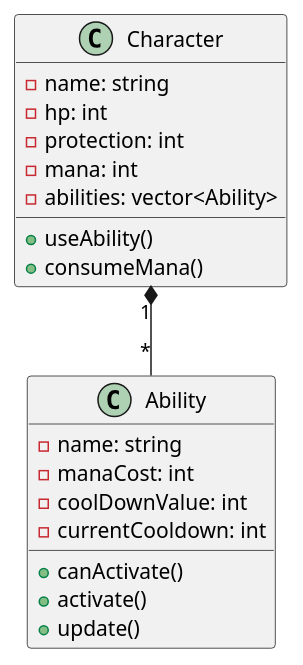
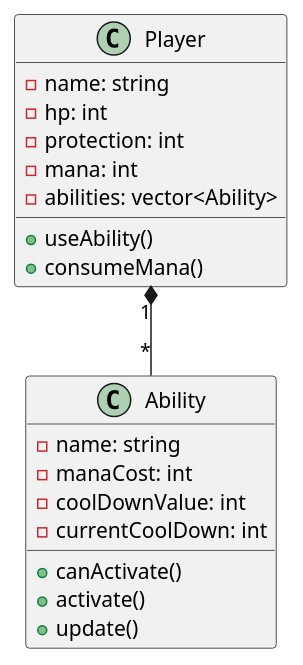
Before and after one commit to Gustavo-Valadares/OOS-Trabalho-Tecnico-Estagio: the diagram in skill-system/diagram.puml, drawn with PlantUML. The commit also changed 2 other files, not shown here.

```diff
--- a/skill-system/diagram.puml
+++ b/skill-system/diagram.puml
@@ -1,27 +1,29 @@
 @startuml
 
-class Character {
-  - name: string
-  - hp: int
-  - protection: int
-  - mana: int
-  - abilities: vector<Ability>
+class Player {
+    - name: string
+    - hp: int
+    - protection: int
+    - mana: int
+    - abilities: vector<Ability>
 
-  + useAbility()
-  + consumeMana()
+    + useAbility()
+    + consumeMana()
 }
 
 class Ability {
-  - name: string
-  - manaCost: int
-  - coolDownValue: int
-  - currentCooldown: int
+    - name: string
+    - manaCost: int
+    - coolDownValue: int
+    - currentCoolDown: int
 
-  + canActivate() 
-  + activate()
-  + update()
+    ' canActivate verifica se a habilidade pode ser usada '
+    + canActivate()
+    + activate()
+    ' update atualiza o cooldown para que possa ser usado de novo '
+    + update()
 }
 
-    Character "1" *-- "*" Ability
+Player "1" *-- "*" Ability
 
 @enduml
```
